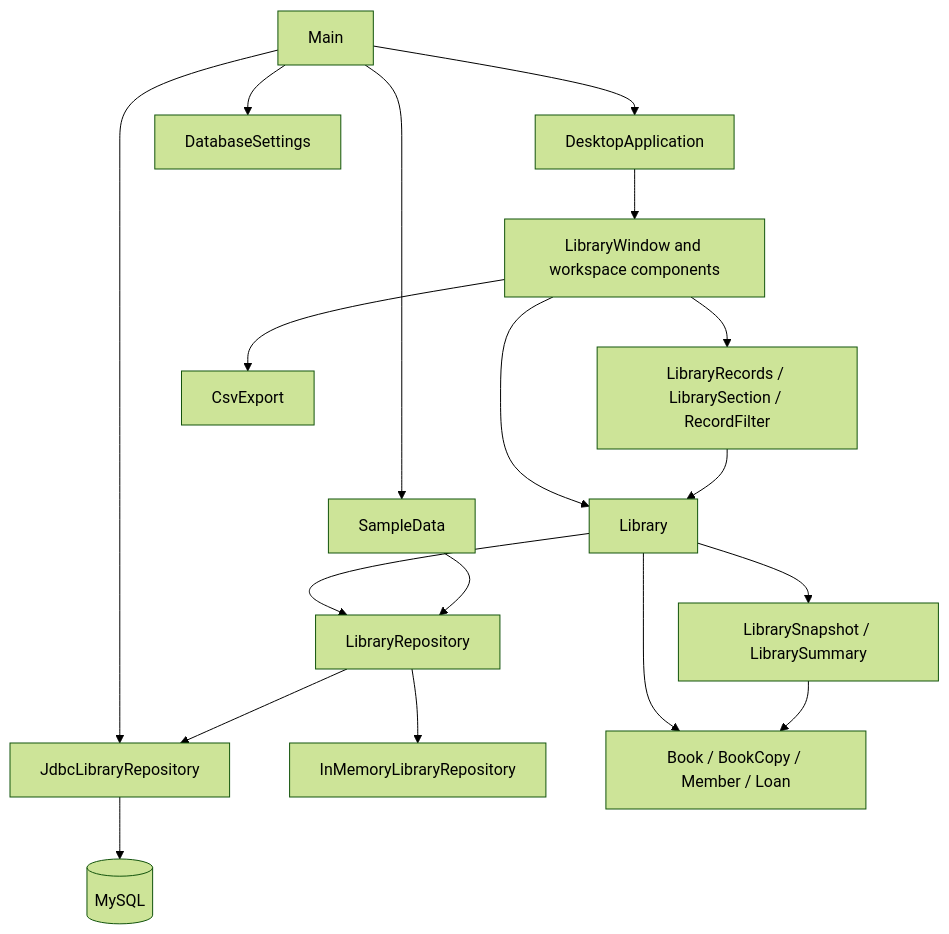
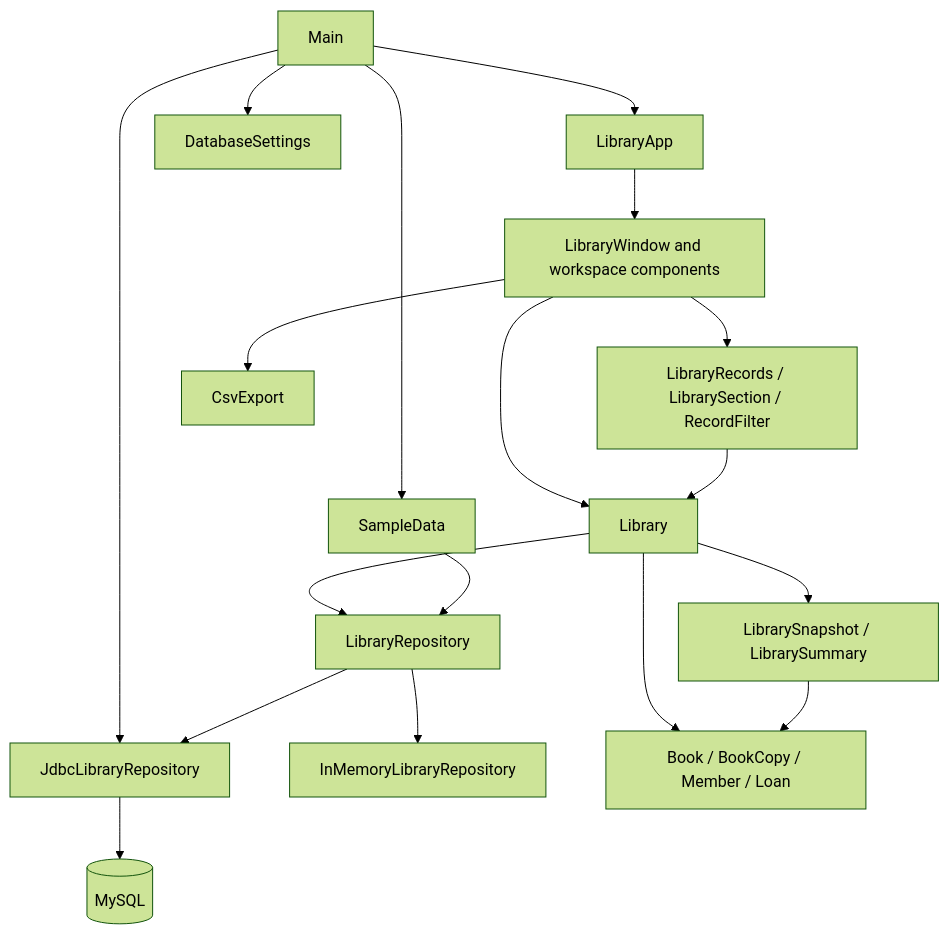
Before and after one commit to danielTongu/library-management-system: the diagram in docs/architecture.md, drawn with Mermaid (forest theme). The commit also changed other lines of this file and 6 other files, not shown here.

````diff
--- a/docs/architecture.md
+++ b/docs/architecture.md
@@ -5,20 +5,20 @@
 ```mermaid
 flowchart TB
-    Main --> DesktopApplication
+    Main --> LibraryApp
     Main --> SampleData
     Main --> DatabaseSettings
     Main --> JDBC[JdbcLibraryRepository]
-    DesktopApplication --> UI[LibraryWindow and workspace components]
+    LibraryApp --> UI[LibraryWindow and workspace components]
     UI --> Library
     UI --> Rows[LibraryRecords / LibrarySection / RecordFilter]
     UI --> CSV[CsvExport]
     Rows --> Library
     Library --> Snapshot[LibrarySnapshot / LibrarySummary]
     Library --> Contract[LibraryRepository]
     Contract --> Memory[InMemoryLibraryRepository]
     Contract --> JDBC
     JDBC --> DB[(MySQL)]
     Library --> Model[Book / BookCopy / Member / Loan]
     Snapshot --> Model
     SampleData --> Contract
 ```
````
